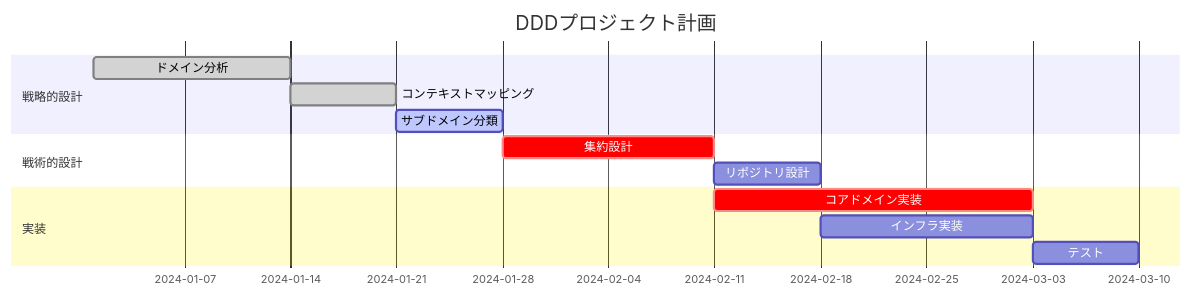
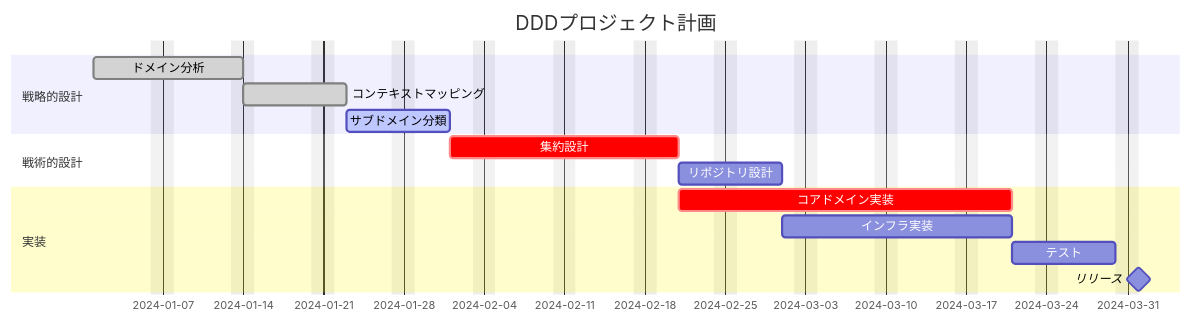
The sixth of 8 diagrams in .claude/skills/mermaid-guide/references/pattern-gantt.md (daidaiiro-519/has-udd), drawn with Mermaid before and after one commit. The commit also changed other lines of this file and 26 other files, not shown here.

````diff
--- a/.claude/skills/mermaid-guide/references/pattern-gantt.md
+++ b/.claude/skills/mermaid-guide/references/pattern-gantt.md
@@ -48,19 +199,21 @@
 ```mermaid
 gantt
     title DDDプロジェクト計画
     dateFormat YYYY-MM-DD
+    excludes weekends
 
     section 戦略的設計
         ドメイン分析         :done, s1, 2024-01-01, 2024-01-14
         コンテキストマッピング :done, s2, after s1, 7d
         サブドメイン分類      :active, s3, after s2, 7d
 
     section 戦術的設計
         集約設計             :crit, t1, after s3, 14d
         リポジトリ設計       :t2, after t1, 7d
 
     section 実装
         コアドメイン実装     :crit, i1, after t1, 21d
         インフラ実装         :i2, after t2, 14d
         テスト               :i3, after i1, 7d
+        リリース             :milestone, m1, after i3, 0d
 ```
````
